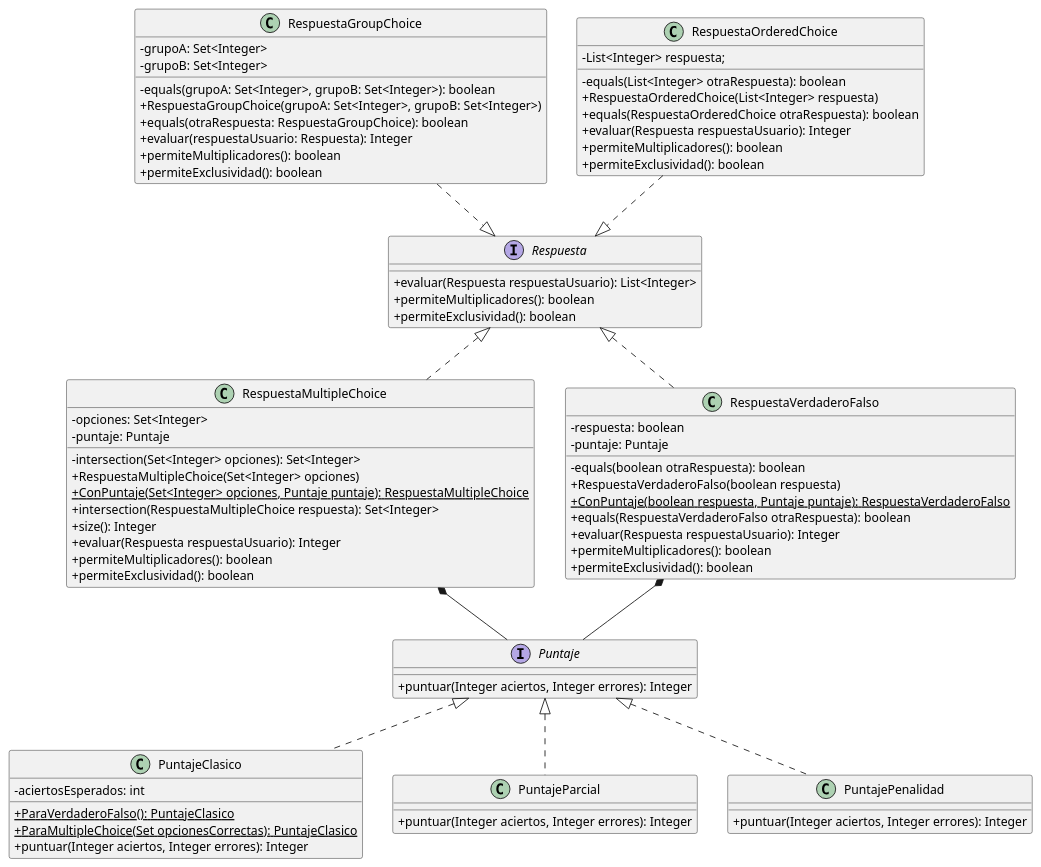
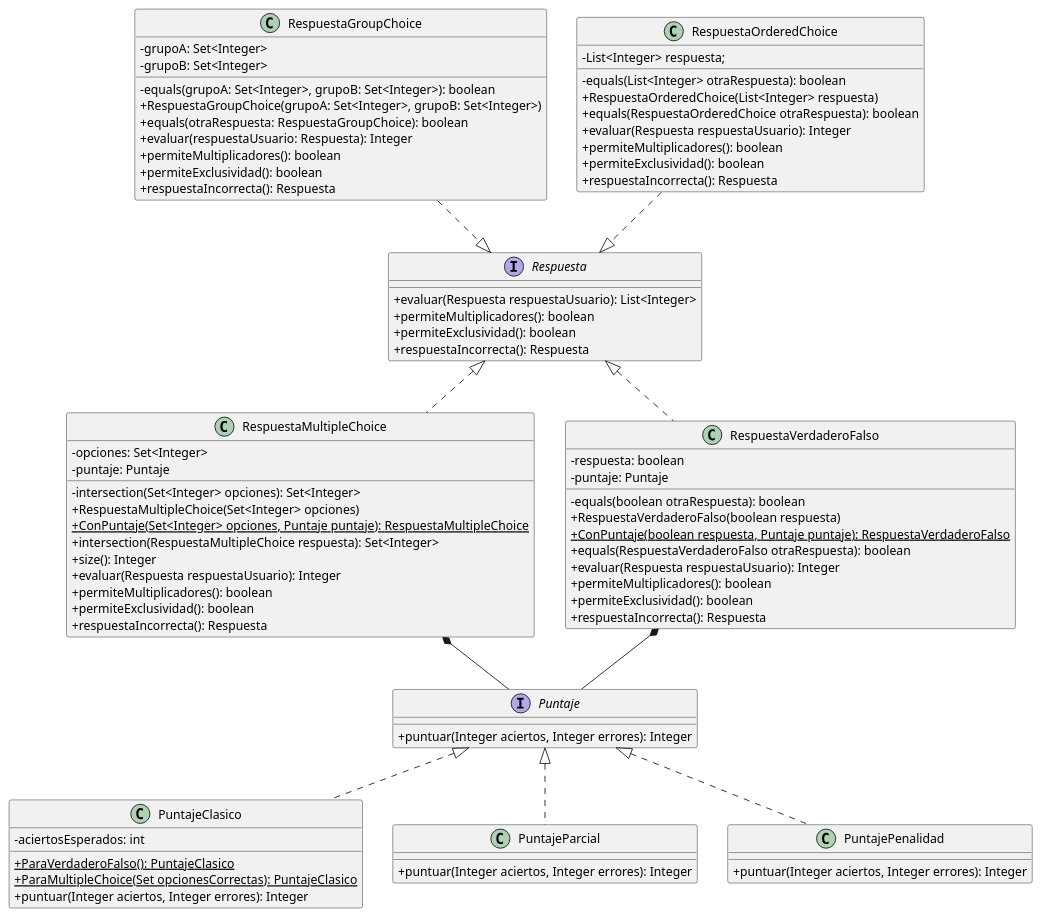
The diagram in Documentacion/Diagramas de Clases/Diagrama de Clases Respuestas.puml (gcc-cdimatteo/Algoritmos-y-Programacion-III-75.07), drawn with PlantUML before and after one commit. The commit also changed 4 other files, not shown here.

Commit message:
uml: listo diagramas de clase

```diff
--- a/Documentacion/Diagramas de Clases/Diagrama de Clases Respuestas.puml
+++ b/Documentacion/Diagramas de Clases/Diagrama de Clases Respuestas.puml
@@ -1,99 +1,104 @@
 @startuml
 skinparam classAttributeIconSize 0
 
 interface Puntaje {
     + puntuar(Integer aciertos, Integer errores): Integer
 }
 
 class PuntajeClasico {
     - aciertosEsperados: int
     + {static} ParaVerdaderoFalso(): PuntajeClasico
     + {static} ParaMultipleChoice(Set opcionesCorrectas): PuntajeClasico
     + puntuar(Integer aciertos, Integer errores): Integer
 }
 
 class PuntajeParcial {
     + puntuar(Integer aciertos, Integer errores): Integer
 }
 
 class PuntajePenalidad {
     + puntuar(Integer aciertos, Integer errores): Integer
 }
 
 interface Respuesta {
     + evaluar(Respuesta respuestaUsuario): List<Integer>
     + permiteMultiplicadores(): boolean
     + permiteExclusividad(): boolean
+    + respuestaIncorrecta(): Respuesta
 }
 
 class RespuestaGroupChoice {
     - grupoA: Set<Integer>
     - grupoB: Set<Integer>
     - equals(grupoA: Set<Integer>, grupoB: Set<Integer>): boolean
     + RespuestaGroupChoice(grupoA: Set<Integer>, grupoB: Set<Integer>)
     + equals(otraRespuesta: RespuestaGroupChoice): boolean
     + evaluar(respuestaUsuario: Respuesta): Integer
     + permiteMultiplicadores(): boolean
     + permiteExclusividad(): boolean
+    + respuestaIncorrecta(): Respuesta
 }
 
 class RespuestaMultipleChoice {
     - opciones: Set<Integer>
     - puntaje: Puntaje
     - intersection(Set<Integer> opciones): Set<Integer>
     + RespuestaMultipleChoice(Set<Integer> opciones)
     + {static} ConPuntaje(Set<Integer> opciones, Puntaje puntaje): RespuestaMultipleChoice
     + intersection(RespuestaMultipleChoice respuesta): Set<Integer>
     + size(): Integer
     + evaluar(Respuesta respuestaUsuario): Integer
     + permiteMultiplicadores(): boolean
     + permiteExclusividad(): boolean
+    + respuestaIncorrecta(): Respuesta
 }
 
 class RespuestaVerdaderoFalso {
     - respuesta: boolean
     - puntaje: Puntaje
     - equals(boolean otraRespuesta): boolean
     + RespuestaVerdaderoFalso(boolean respuesta)
     + {static} ConPuntaje(boolean respuesta, Puntaje puntaje): RespuestaVerdaderoFalso
     + equals(RespuestaVerdaderoFalso otraRespuesta): boolean
     + evaluar(Respuesta respuestaUsuario): Integer
     + permiteMultiplicadores(): boolean
     + permiteExclusividad(): boolean
+    + respuestaIncorrecta(): Respuesta
 }
 
 class RespuestaOrderedChoice {
     - List<Integer> respuesta;
     - equals(List<Integer> otraRespuesta): boolean
     + RespuestaOrderedChoice(List<Integer> respuesta)
     + equals(RespuestaOrderedChoice otraRespuesta): boolean
     + evaluar(Respuesta respuestaUsuario): Integer
     + permiteMultiplicadores(): boolean
     + permiteExclusividad(): boolean
+    + respuestaIncorrecta(): Respuesta
 }
 
 'Ordenamiento De Cuadrados
 
 'Herencia --|> cumple la relación 'es un'
 
 'Asociacion --> un objeto guarda a otro
 
 'Agregacion --o un objeto esta compuesto por otro pero no lo necesita para vivir
 
 'Composicion --* un objeto es dueño de otro
 RespuestaVerdaderoFalso *-- Puntaje
 RespuestaMultipleChoice *-- Puntaje
 
 'Dependencia ..> un objeto utiliza a otro porque lo recibe/devuelve
 
 'Interfaces ..|> colección de declaraciones de métodos sin implemetnar
 RespuestaGroupChoice .down.|> Respuesta
 RespuestaMultipleChoice .up.|> Respuesta
 RespuestaOrderedChoice .down.|> Respuesta
 RespuestaVerdaderoFalso .up.|> Respuesta
 PuntajeClasico .up.|> Puntaje
 PuntajePenalidad .up.|> Puntaje
 PuntajeParcial .up.|> Puntaje
 
 
 @enduml
```
